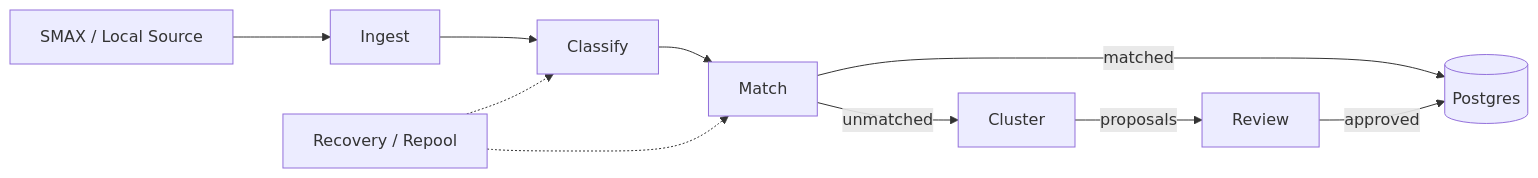
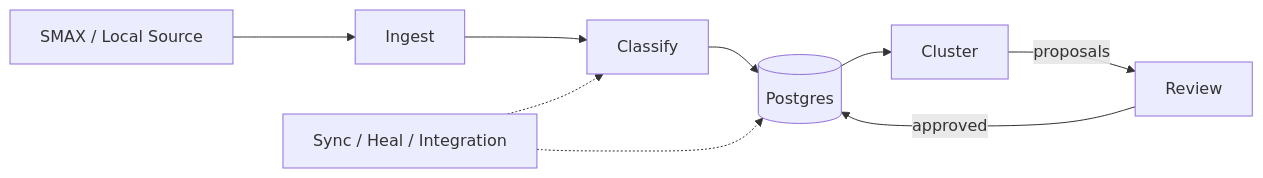
One commit to osamayalghamdi/AI_Classifier changed the diagram in ARCHITECTURE.md. Above: the diagram before and after it, drawn with Mermaid. The commit also changed other lines of this file and 2 other files, not shown here.

First line of the commit message:
docs: Phase 3 — sync ARCHITECTURE.md + service CONTRACTs to the restructured tree

````diff
--- a/ARCHITECTURE.md
+++ b/ARCHITECTURE.md
@@ -5,12 +5,11 @@
 ```mermaid
 graph LR
     SMAX[SMAX / Local Source] --> Ingest
     Ingest --> Classify
-    Classify --> Match
-    Match -->|matched| Store[(Postgres)]
-    Match -->|unmatched| Cluster
+    Classify --> Store[(Postgres)]
+    Store --> Cluster
     Cluster -->|proposals| Review
     Review -->|approved| Store
-    Jobs[Recovery / Repool] -.-> Classify
-    Jobs -.-> Match
+    Jobs[Sync / Heal / Integration] -.-> Classify
+    Jobs -.-> Store
 ```
````
